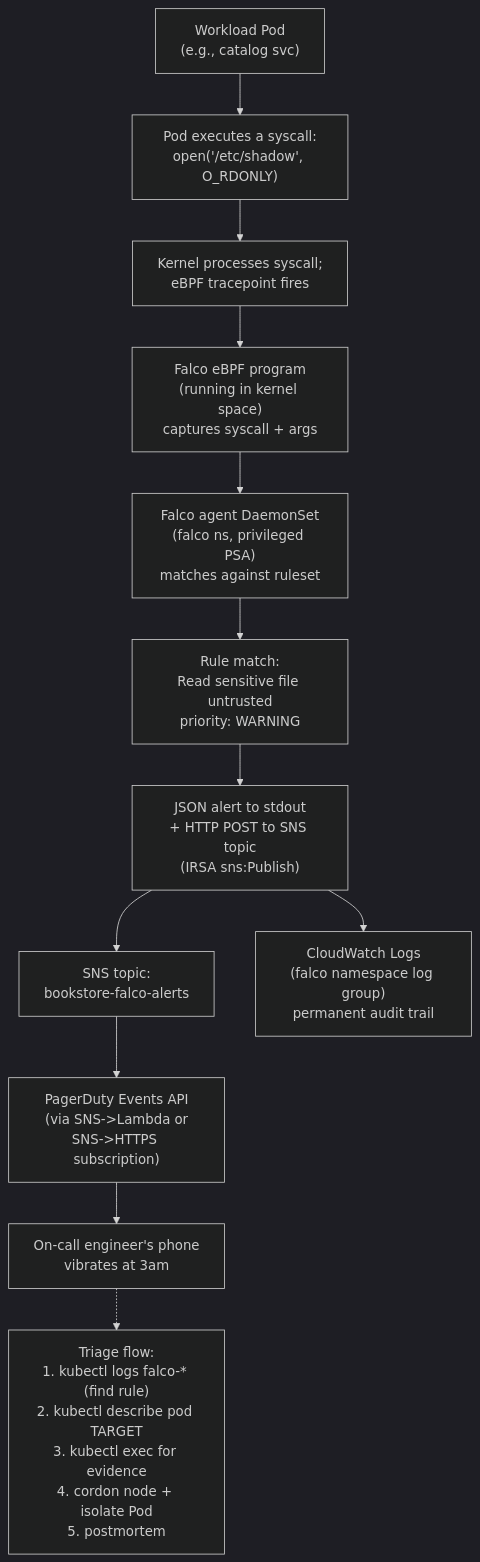
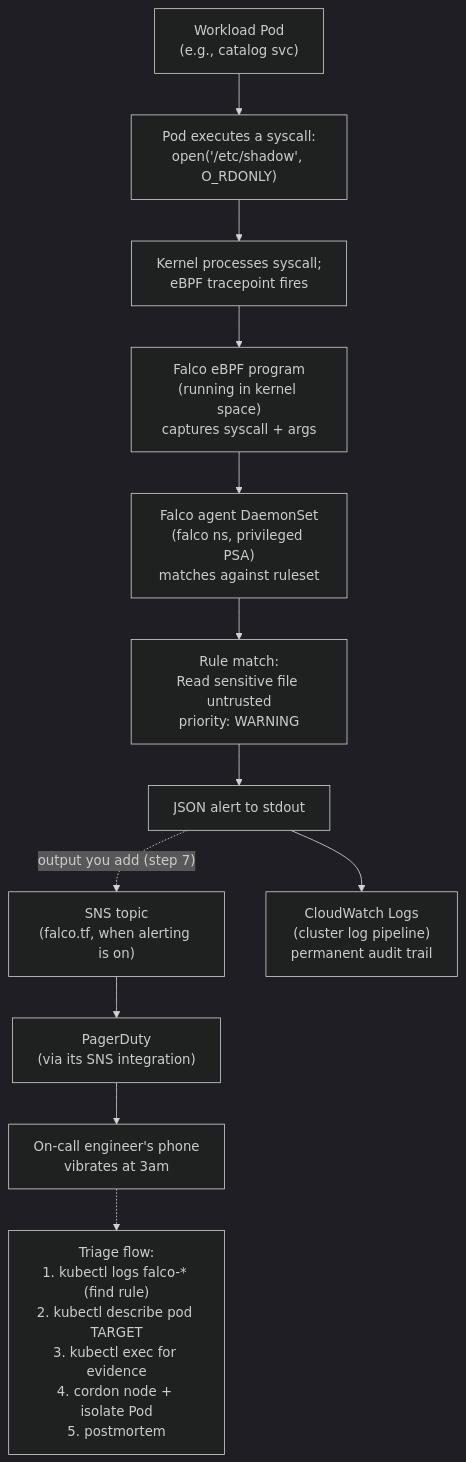
The diagram in full-guide/14-eks-in-production-a-to-z/13-runtime-defense-and-container-security.md (abd-ulbasit/bookstore-kubernetes-guide), drawn with Mermaid (dark theme) before and after one commit. The commit also changed other lines of this file and 2 other files, not shown here.

First line of the commit message:
14.13: audit runtime defense against upstream Falco and GuardDuty

````diff
--- a/full-guide/14-eks-in-production-a-to-z/13-runtime-defense-and-container-security.md
+++ b/full-guide/14-eks-in-production-a-to-z/13-runtime-defense-and-container-security.md
@@ -217,21 +225,21 @@
 ```mermaid
 flowchart TB
     pod["Workload Pod<br/>(e.g., catalog svc)"]
     syscall["Pod executes a syscall:<br/>open('/etc/shadow', O_RDONLY)"]
     kernel["Kernel processes syscall;<br/>eBPF tracepoint fires"]
     ebpf["Falco eBPF program<br/>(running in kernel space)<br/>captures syscall + args"]
     falco["Falco agent DaemonSet<br/>(falco ns, privileged PSA)<br/>matches against ruleset"]
     rule["Rule match:<br/>Read sensitive file untrusted<br/>priority: WARNING"]
-    json["JSON alert to stdout<br/>+ HTTP POST to SNS topic<br/>(IRSA sns:Publish)"]
-    sns["SNS topic:<br/>bookstore-falco-alerts"]
-    pd["PagerDuty Events API<br/>(via SNS->Lambda or<br/>SNS->HTTPS subscription)"]
+    json["JSON alert to stdout"]
+    sns["SNS topic<br/>(falco.tf, when alerting is on)"]
+    pd["PagerDuty<br/>(via its SNS integration)"]
     eng["On-call engineer's phone<br/>vibrates at 3am"]
-    cw["CloudWatch Logs<br/>(falco namespace log group)<br/>permanent audit trail"]
+    cw["CloudWatch Logs<br/>(cluster log pipeline)<br/>permanent audit trail"]
 
     pod --> syscall --> kernel --> ebpf --> falco --> rule --> json
-    json --> sns --> pd --> eng
     json --> cw
+    json -.->|"output you add (step 7)"| sns --> pd --> eng
 
     note["Triage flow:<br/>1. kubectl logs falco-* (find rule)<br/>2. kubectl describe pod TARGET<br/>3. kubectl exec for evidence<br/>4. cordon node + isolate Pod<br/>5. postmortem"]
     eng -.-> note
 ```
````
